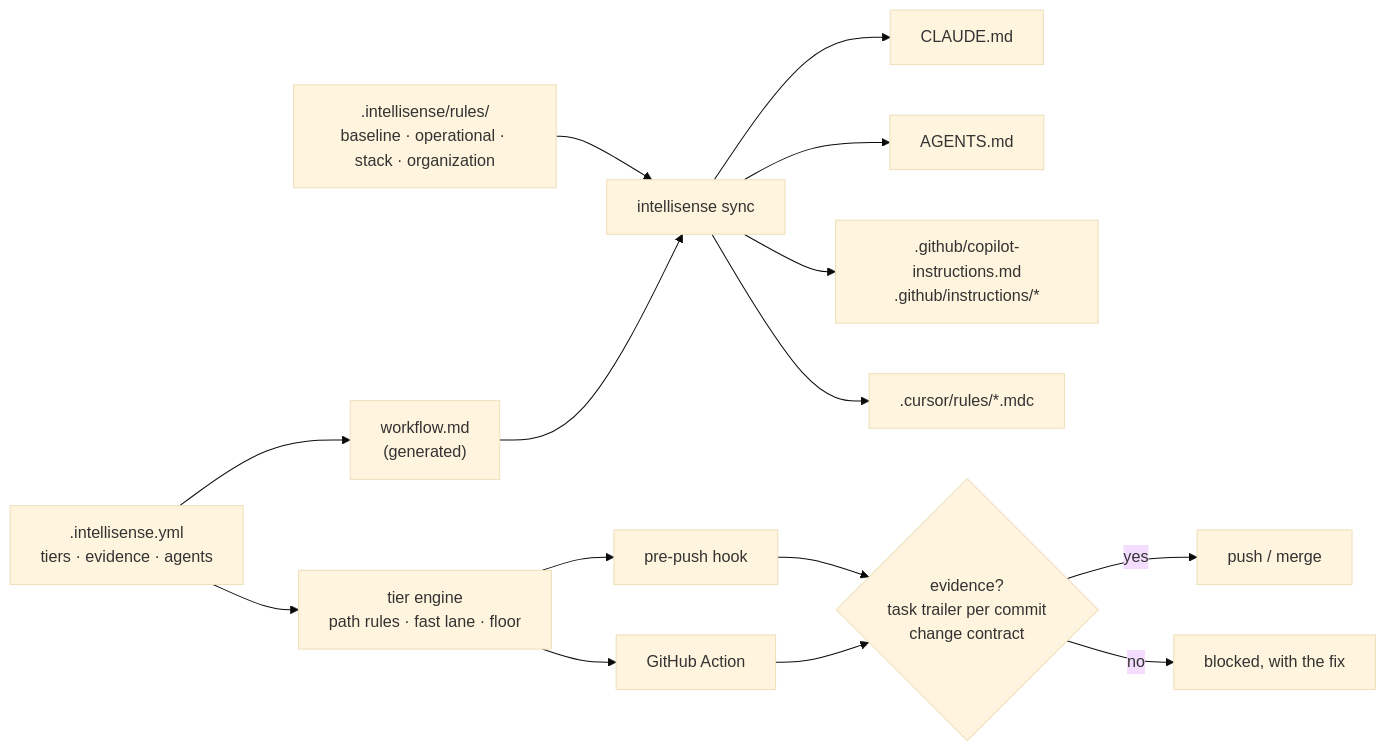
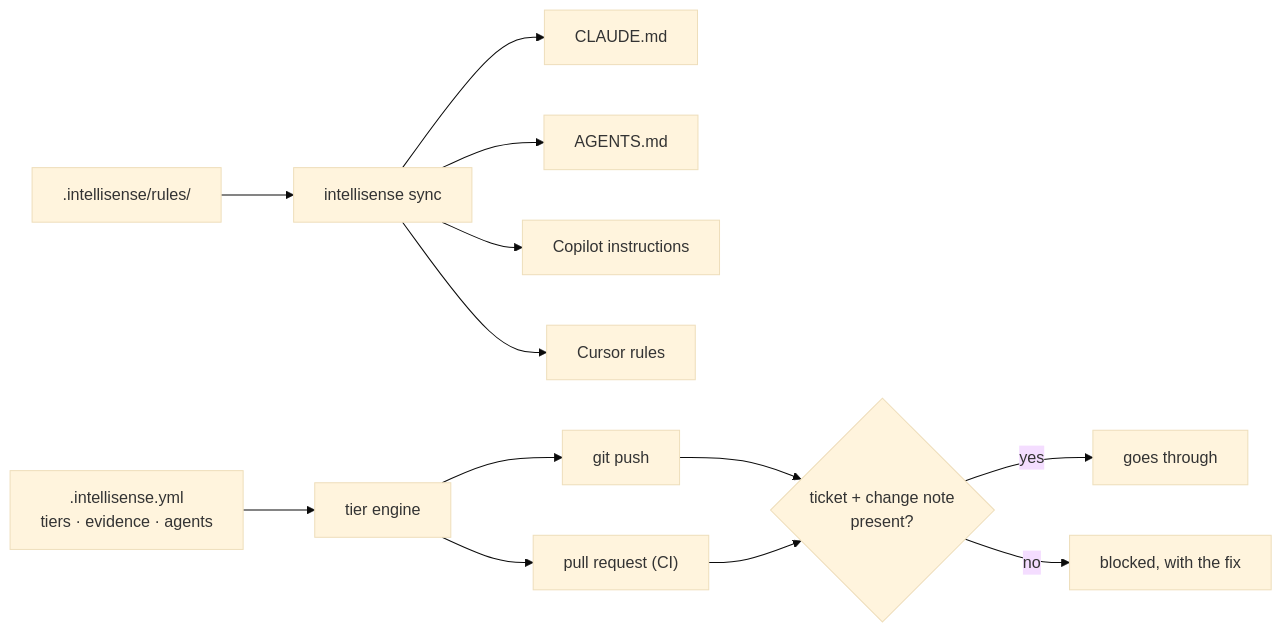
Before and after one commit to soupler-oss/intellisense: the diagram in README.md, drawn with Mermaid (base theme). The commit also changed other lines of this file and 3 other files, not shown here.

````diff
--- a/README.md
+++ b/README.md
@@ -135,12 +198,10 @@
 ```mermaid
 flowchart LR
-    P[".intellisense.yml<br/>tiers · evidence · agents"] --> W["workflow.md<br/>(generated)"]
-    R[".intellisense/rules/<br/>baseline · operational · stack · organization"] --> S["intellisense sync"]
-    W --> S
-    S --> C["CLAUDE.md"] & X["AGENTS.md"] & G[".github/copilot-instructions.md<br/>.github/instructions/*"] & U[".cursor/rules/*.mdc"]
-    P --> T["tier engine<br/>path rules · fast lane · floor"]
-    T --> H["pre-push hook"] & A["GitHub Action"]
-    H & A --> E{"evidence?<br/>task trailer per commit<br/>change contract"}
-    E -->|yes| OK["push / merge"]
+    P[".intellisense.yml<br/>tiers · evidence · agents"] --> T["tier engine"]
+    R[".intellisense/rules/"] --> S["intellisense sync"]
+    S --> C["CLAUDE.md"] & X["AGENTS.md"] & G["Copilot instructions"] & U["Cursor rules"]
+    T --> H["git push"] & A["pull request (CI)"]
+    H & A --> E{"ticket + change note<br/>present?"}
+    E -->|yes| OK["goes through"]
     E -->|no| NO["blocked, with the fix"]
 ```
````
